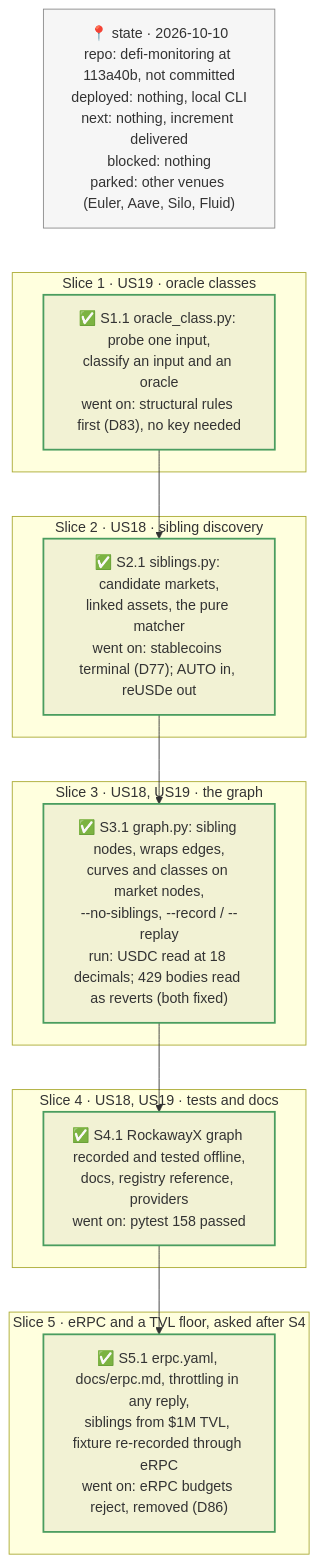
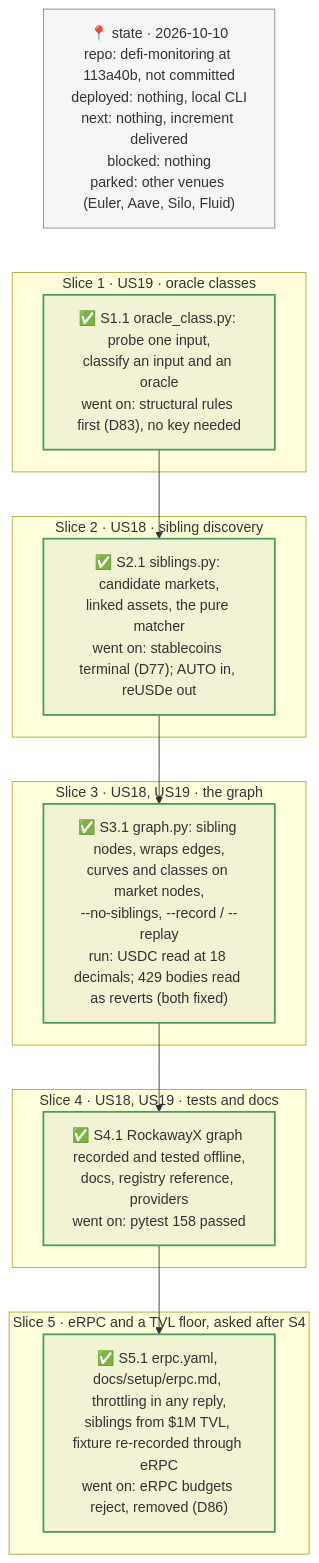
The diagram in plan/2026-10-10-sibling-markets.plan.md (rya-sge/defi-monitoring), drawn with Mermaid before and after one commit. The commit also changed other lines of this file and 200 other files, not shown here.

Commit message:
docs: add the RockawayX demo deck, explaining each act with diagrams and plain-language alerts

````diff
--- a/plan/2026-10-10-sibling-markets.plan.md
+++ b/plan/2026-10-10-sibling-markets.plan.md
@@ -13,35 +13,35 @@
 ```mermaid
 flowchart TB
   %% tracker
   ST["📍 state · 2026-10-10<br/>repo: defi-monitoring at 113a40b, not committed<br/>deployed: nothing, local CLI<br/>next: nothing, increment delivered<br/>blocked: nothing<br/>parked: other venues (Euler, Aave, Silo, Fluid)"]
 
   subgraph SL1["Slice 1 · US19 · oracle classes"]
     S1.1["✅ S1.1 oracle_class.py: probe one input,<br/>classify an input and an oracle<br/>went on: structural rules first (D83), no key needed"]
   end
 
   subgraph SL2["Slice 2 · US18 · sibling discovery"]
     S2.1["✅ S2.1 siblings.py: candidate markets,<br/>linked assets, the pure matcher<br/>went on: stablecoins terminal (D77); AUTO in, reUSDe out"]
   end
 
   subgraph SL3["Slice 3 · US18, US19 · the graph"]
     S3.1["✅ S3.1 graph.py: sibling nodes, wraps edges,<br/>curves and classes on market nodes,<br/>--no-siblings, --record / --replay<br/>run: USDC read at 18 decimals; 429 bodies read as reverts (both fixed)"]
   end
 
   subgraph SL5["Slice 5 · eRPC and a TVL floor, asked after S4"]
-    S5.1["✅ S5.1 erpc.yaml, docs/erpc.md, throttling in any reply,<br/>siblings from $1M TVL, fixture re-recorded through eRPC<br/>went on: eRPC budgets reject, removed (D86)"]
+    S5.1["✅ S5.1 erpc.yaml, docs/setup/erpc.md, throttling in any reply,<br/>siblings from $1M TVL, fixture re-recorded through eRPC<br/>went on: eRPC budgets reject, removed (D86)"]
   end
 
   subgraph SL4["Slice 4 · US18, US19 · tests and docs"]
     S4.1["✅ S4.1 RockawayX graph recorded and tested offline,<br/>docs, registry reference, providers<br/>went on: pytest 158 passed"]
   end
 
   ST ~~~ S1.1
   S1.1 --> S2.1 --> S3.1 --> S4.1 --> S5.1
 
   classDef done stroke:#4a9d5f,stroke-width:2px,fill:#7f7f7f1a
   classDef next stroke:#d08b28,stroke-width:2px,fill:#7f7f7f1a
   classDef todo stroke-dasharray:4 3
   classDef state stroke:#8a8a8a,stroke-width:1px,fill:#7f7f7f12
   class S1.1,S2.1,S3.1,S4.1,S5.1 done
   class ST state
 ```
````
